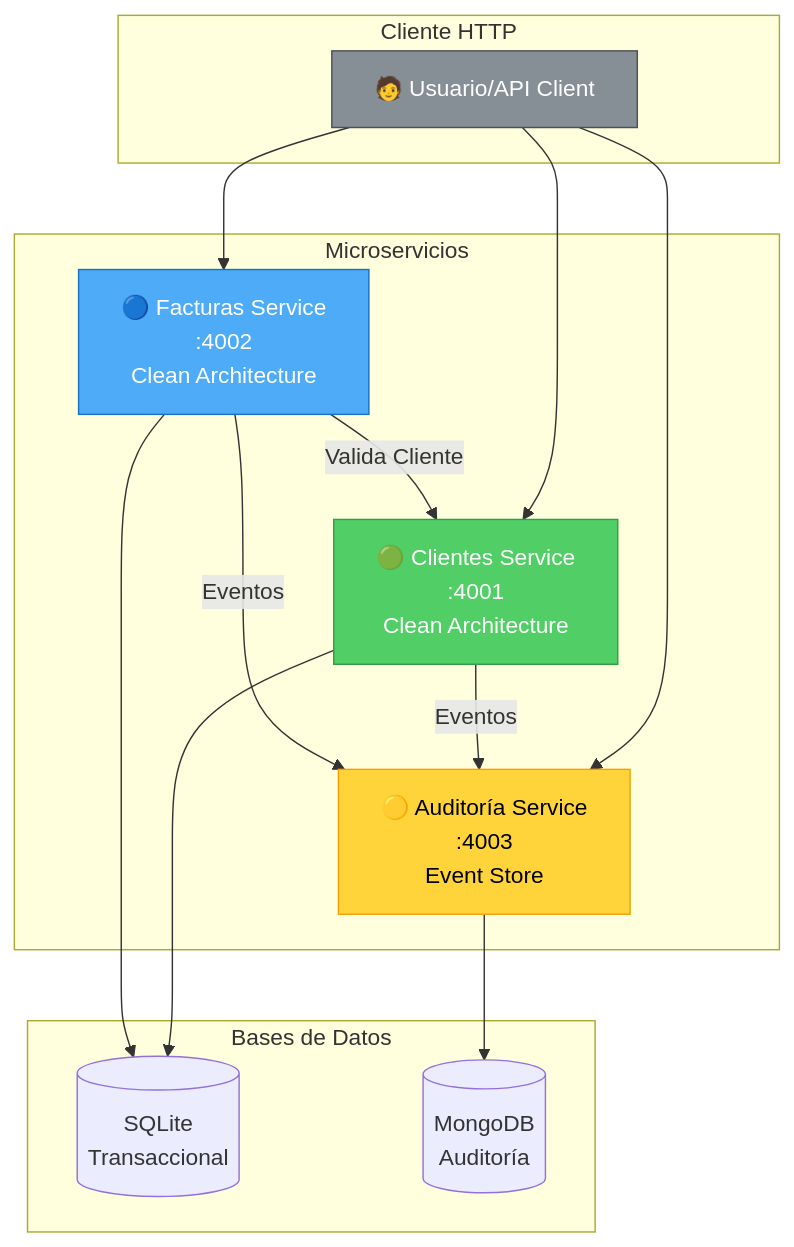
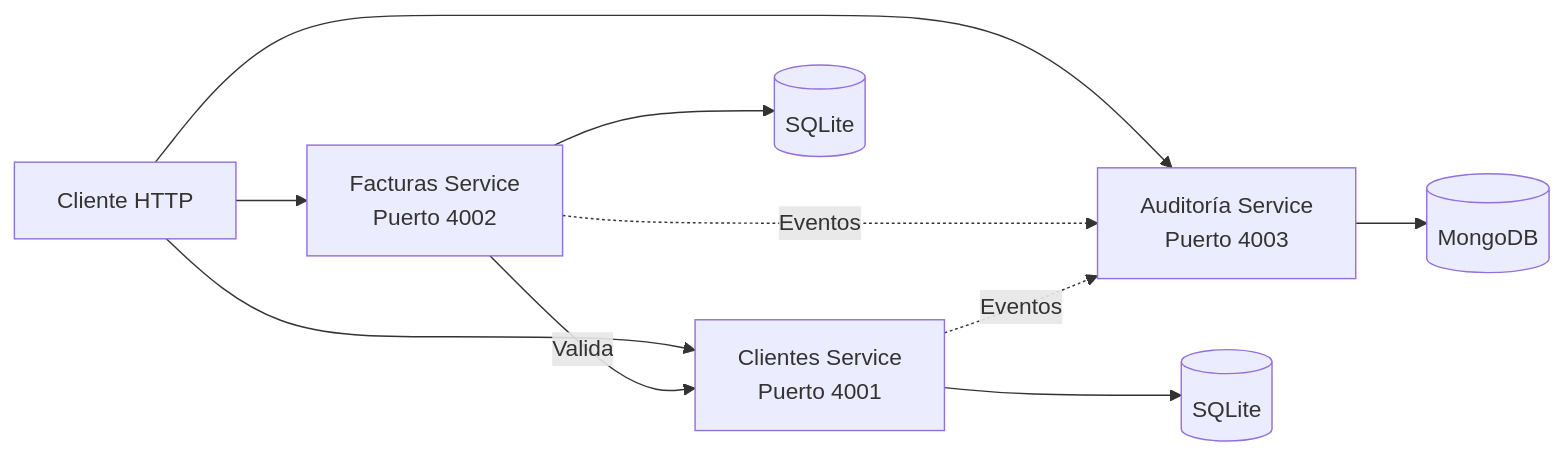
The first of 5 diagrams in docs/DIAGRAMAS.md (Asimpl3-Hero/RubyDoubleV), drawn with Mermaid before and after one commit. The commit also changed other lines of this file and 6 other files, not shown here.

````diff
--- a/docs/DIAGRAMAS.md
+++ b/docs/DIAGRAMAS.md
@@ -18,34 +18,24 @@
 ```mermaid
-graph TB
-    subgraph "Cliente HTTP"
-        USER[🧑 Usuario/API Client]
-    end
+graph LR
+    Cliente[Cliente HTTP]
 
-    subgraph "Microservicios"
-        CS[🟢 Clientes Service<br/>:4001<br/>Clean Architecture]
-        FS[🔵 Facturas Service<br/>:4002<br/>Clean Architecture]
-        AS[🟡 Auditoría Service<br/>:4003<br/>Event Store]
-    end
+    Clientes[Clientes Service<br/>Puerto 4001]
+    Facturas[Facturas Service<br/>Puerto 4002]
+    Auditoria[Auditoría Service<br/>Puerto 4003]
 
-    subgraph "Bases de Datos"
-        SQL[(SQLite<br/>Transaccional)]
-        MONGO[(MongoDB<br/>Auditoría)]
-    end
+    DB1[(SQLite)]
+    DB2[(SQLite)]
+    DB3[(MongoDB)]
 
-    USER --> CS
-    USER --> FS
-    USER --> AS
+    Cliente --> Clientes
+    Cliente --> Facturas
+    Cliente --> Auditoria
 
-    FS -->|Valida Cliente| CS
-    CS -->|Eventos| AS
-    FS -->|Eventos| AS
+    Facturas -->|Valida| Clientes
+    Facturas -.->|Eventos| Auditoria
+    Clientes -.->|Eventos| Auditoria
 
-    CS --> SQL
-    FS --> SQL
-    AS --> MONGO
-
-    style CS fill:#51cf66,stroke:#2f9e44,color:#fff
-    style FS fill:#4dabf7,stroke:#1971c2,color:#fff
-    style AS fill:#ffd43b,stroke:#f59f00,color:#000
-    style USER fill:#868e96,stroke:#495057,color:#fff
+    Clientes --> DB1
+    Facturas --> DB2
+    Auditoria --> DB3
 ```
````
